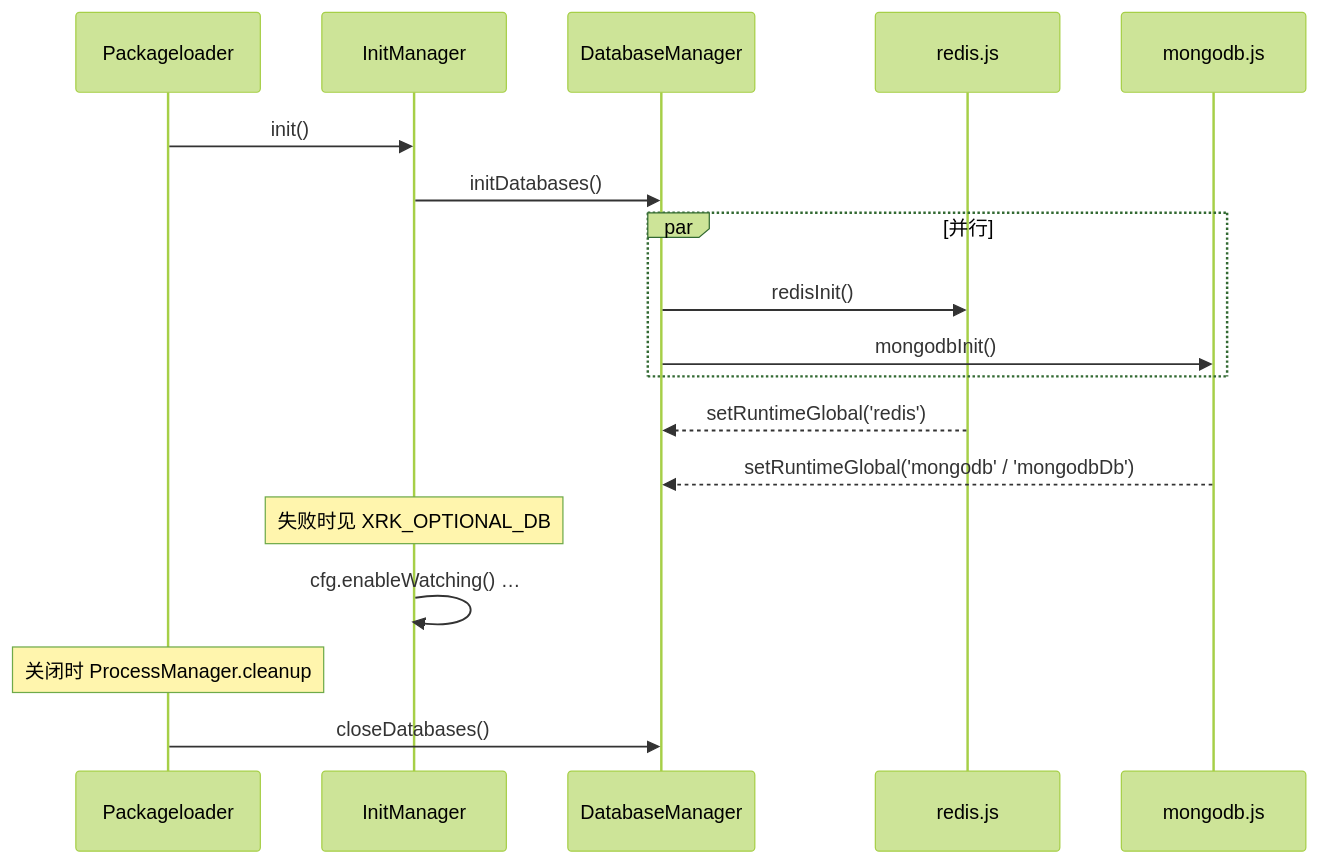
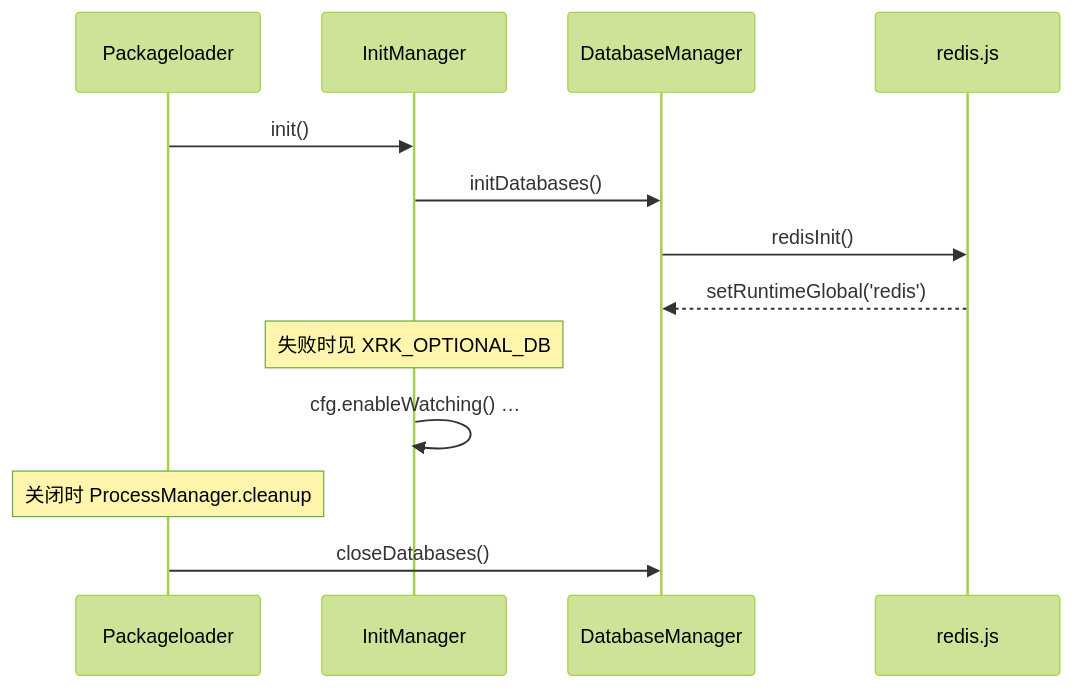
The diagram in docs/database.md (sunflowermm/XRK-AGT), drawn with Mermaid (forest theme) before and after one commit. The commit also changed other lines of this file and 35 other files, not shown here.

````diff
--- a/docs/database.md
+++ b/docs/database.md
@@ -35,21 +33,16 @@
 ```mermaid
 sequenceDiagram
     participant PL as Packageloader
     participant IM as InitManager
     participant DM as DatabaseManager
     participant R as redis.js
-    participant M as mongodb.js
 
     PL->>IM: init()
     IM->>DM: initDatabases()
-    par 并行
-        DM->>R: redisInit()
-        DM->>M: mongodbInit()
-    end
+    DM->>R: redisInit()
     R-->>DM: setRuntimeGlobal('redis')
-    M-->>DM: setRuntimeGlobal('mongodb' / 'mongodbDb')
     Note over IM: 失败时见 XRK_OPTIONAL_DB
     IM->>IM: cfg.enableWatching() …
     Note over PL: 关闭时 ProcessManager.cleanup
     PL->>DM: closeDatabases()
 ```
````
